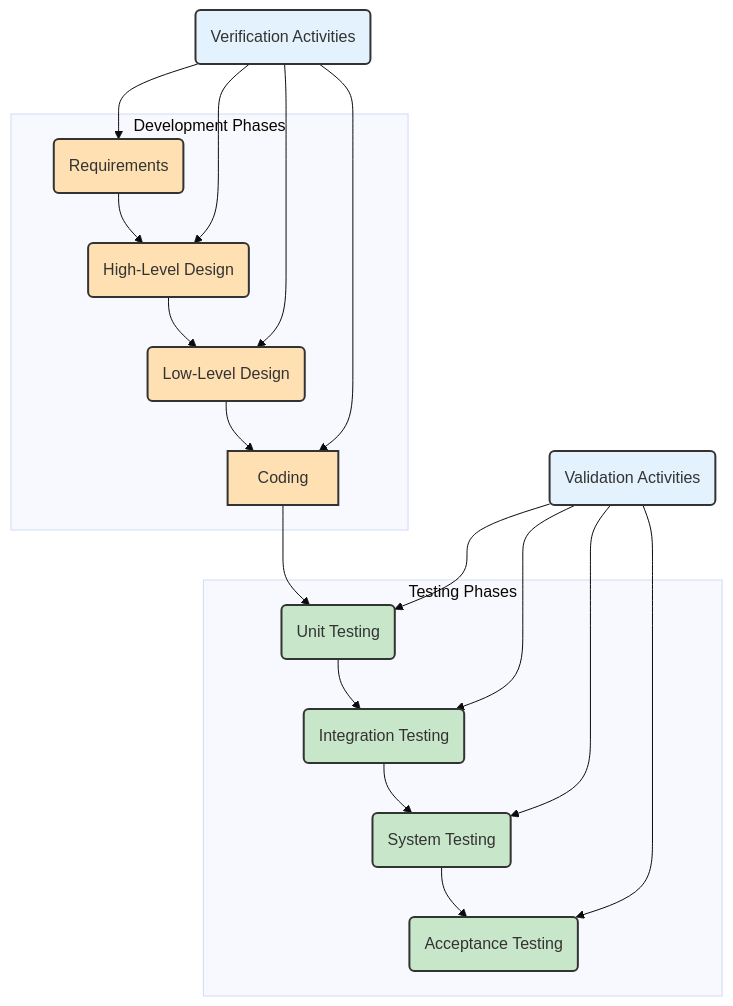
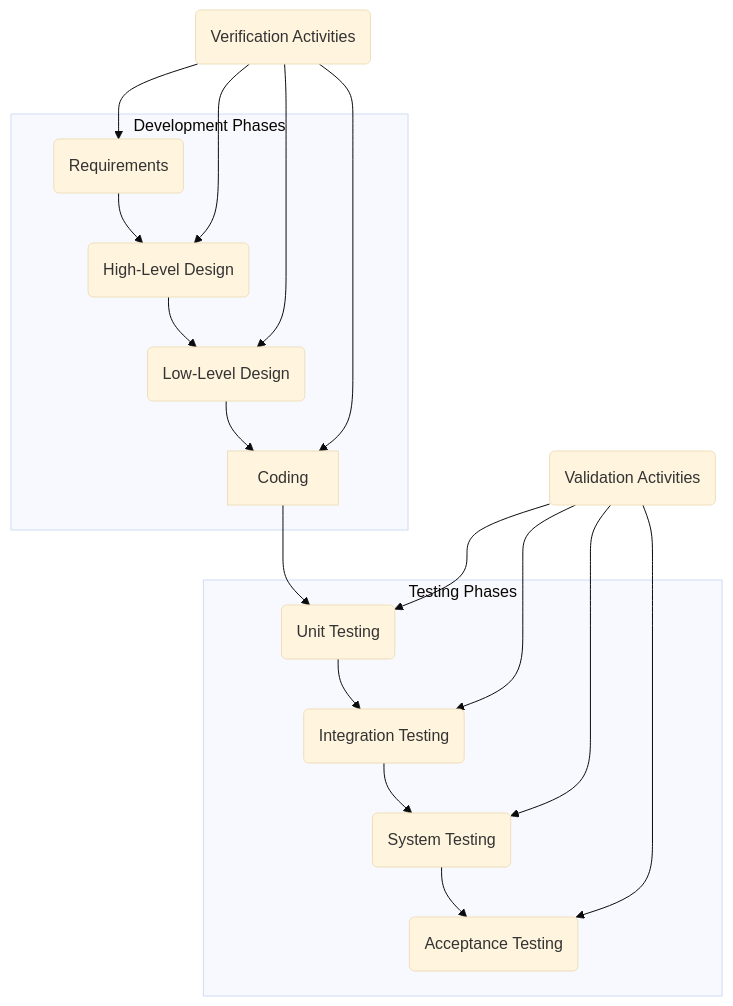
The third of 6 diagrams in STQA/Mod 1.1 - Goals and Model for Software Testing, Software Testing Terminology and Methodology, Software Testing Life Cycle (STLC).md (roroRathod/Sem7), drawn with Mermaid (base theme) before and after one commit. The commit also changed other lines of this file, not shown here.

First line of the commit message:
Remove styling for testing and verification activities

````diff
--- a/STQA/Mod 1.1 - Goals and Model for Software Testing, Software Testing Terminology and Methodology, Software Testing Life Cycle (STLC).md
+++ b/STQA/Mod 1.1 - Goals and Model for Software Testing, Software Testing Terminology and Methodology, Software Testing Life Cycle (STLC).md
@@ -246,38 +246,25 @@
 ```mermaid
 graph TD
     subgraph Development Phases
         Req(Requirements) --> HLD(High-Level Design)
         HLD --> LLD(Low-Level Design)
         LLD --> Coding
     end
 
     subgraph Testing Phases
         Coding --> Unit_Test(Unit Testing)
         Unit_Test --> Integration_Test(Integration Testing)
         Integration_Test --> System_Test(System Testing)
         System_Test --> Acceptance_Test(Acceptance Testing)
     end
 
     Verification_Activities(Verification Activities) --> Req
     Verification_Activities --> HLD
     Verification_Activities --> LLD
     Verification_Activities --> Coding
 
     Validation_Activities(Validation Activities) --> Unit_Test
     Validation_Activities --> Integration_Test
     Validation_Activities --> System_Test
     Validation_Activities --> Acceptance_Test
-
-    style Req fill:#ffe0b2,stroke:#333,stroke-width:2px
-    style HLD fill:#ffe0b2,stroke:#333,stroke-width:2px
-    style LLD fill:#ffe0b2,stroke:#333,stroke-width:2px
-    style Coding fill:#ffe0b2,stroke:#333,stroke-width:2px
-
-    style Unit_Test fill:#c8e6c9,stroke:#333,stroke-width:2px
-    style Integration_Test fill:#c8e6c9,stroke:#333,stroke-width:2px
-    style System_Test fill:#c8e6c9,stroke:#333,stroke-width:2px
-    style Acceptance_Test fill:#c8e6c9,stroke:#333,stroke-width:2px
-
-    style Verification_Activities fill:#e3f2fd,stroke:#333,stroke-width:2px
-    style Validation_Activities fill:#e3f2fd,stroke:#333,stroke-width:2px
 ```
````
